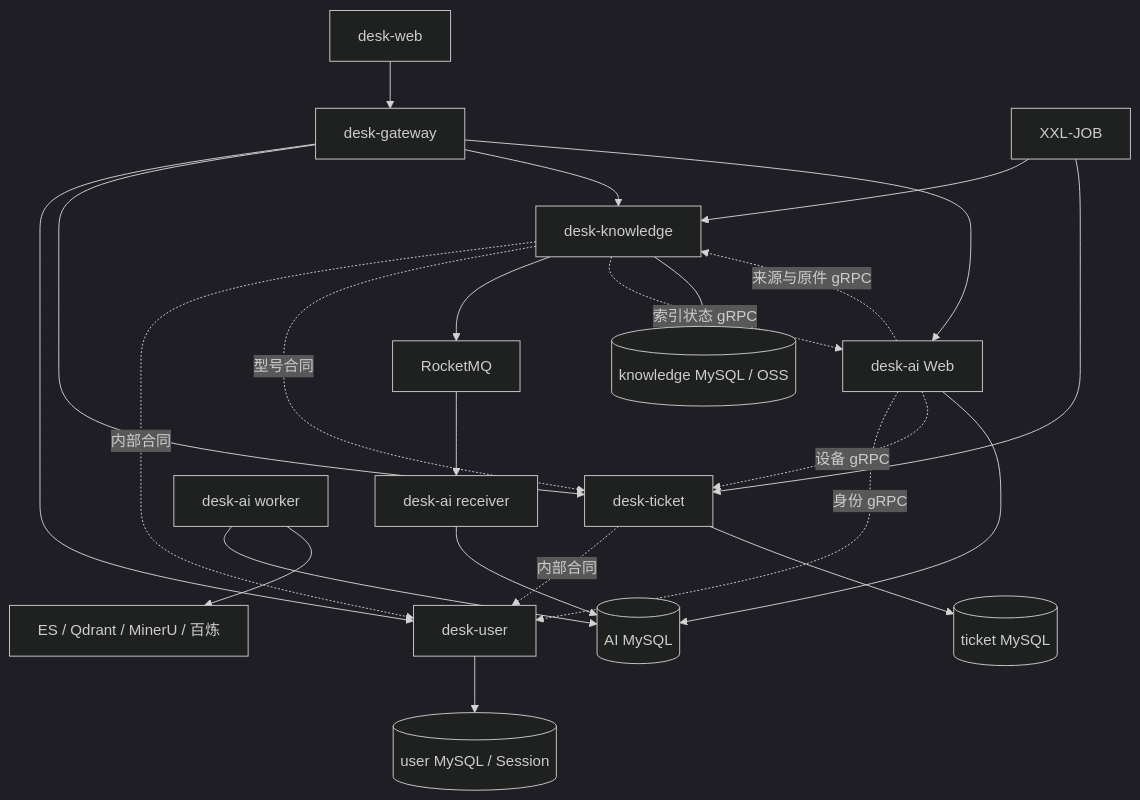
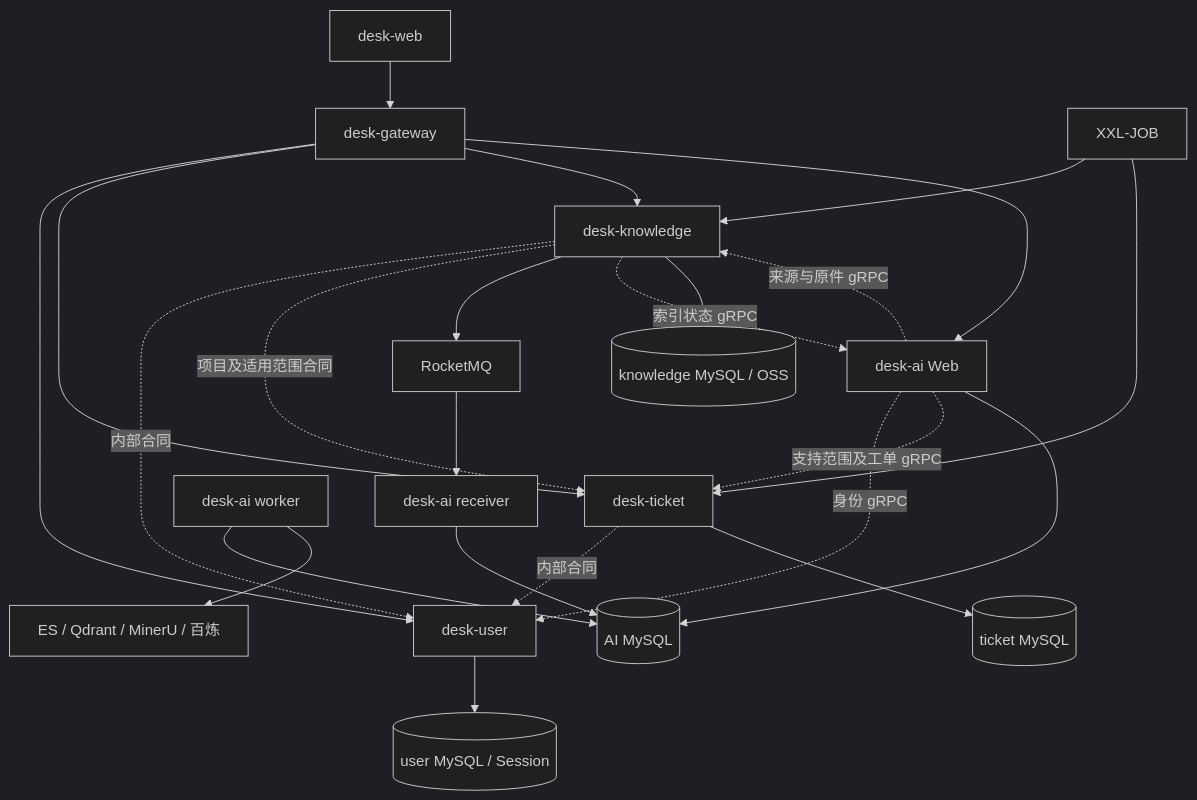
The diagram in docs/设计/项目结构.md (yangaobo0235/my-lesson), drawn with Mermaid (dark theme) before and after one commit. The commit also changed other lines of this file and 498 other files, not shown here.

````diff
--- a/docs/设计/项目结构.md
+++ b/docs/设计/项目结构.md
@@ -22,26 +22,26 @@
 ```mermaid
 flowchart TB
     Web[desk-web] --> Gateway[desk-gateway]
     Gateway --> User[desk-user]
     Gateway --> Ticket[desk-ticket]
     Gateway --> Knowledge[desk-knowledge]
     Gateway --> AI[desk-ai Web]
     Ticket -.内部合同.-> User
     Knowledge -.内部合同.-> User
-    Knowledge -.型号合同.-> Ticket
+    Knowledge -.项目及适用范围合同.-> Ticket
     Knowledge --> MQ[RocketMQ]
     MQ --> Receiver[desk-ai receiver]
     Receiver --> AIDB[(AI MySQL)]
     Knowledge -.索引状态 gRPC.-> AI
     XXL[XXL-JOB] --> Knowledge
     XXL --> Ticket
     AI -.身份 gRPC.-> User
-    AI -.设备 gRPC.-> Ticket
+    AI -.支持范围及工单 gRPC.-> Ticket
     AI -.来源与原件 gRPC.-> Knowledge
     Worker[desk-ai worker] --> AIDB
     AI --> AIDB
     Worker --> Retrieval[ES / Qdrant / MinerU / 百炼]
     Ticket --> TicketDB[(ticket MySQL)]
     Knowledge --> KnowledgeDB[(knowledge MySQL / OSS)]
     User --> UserDB[(user MySQL / Session)]
 ```
````
